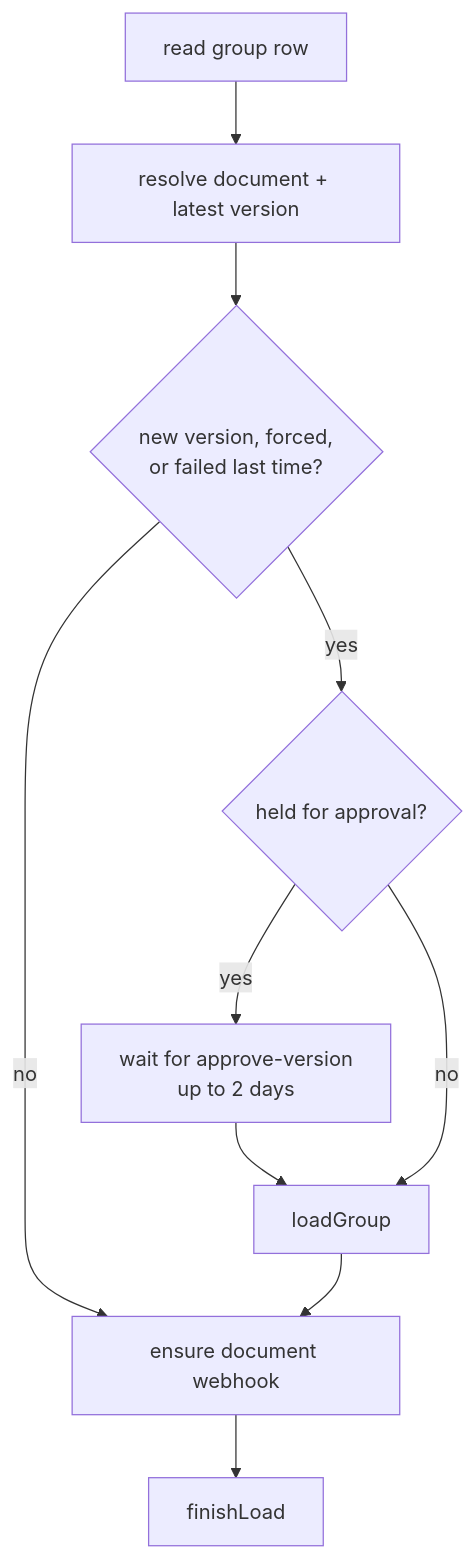
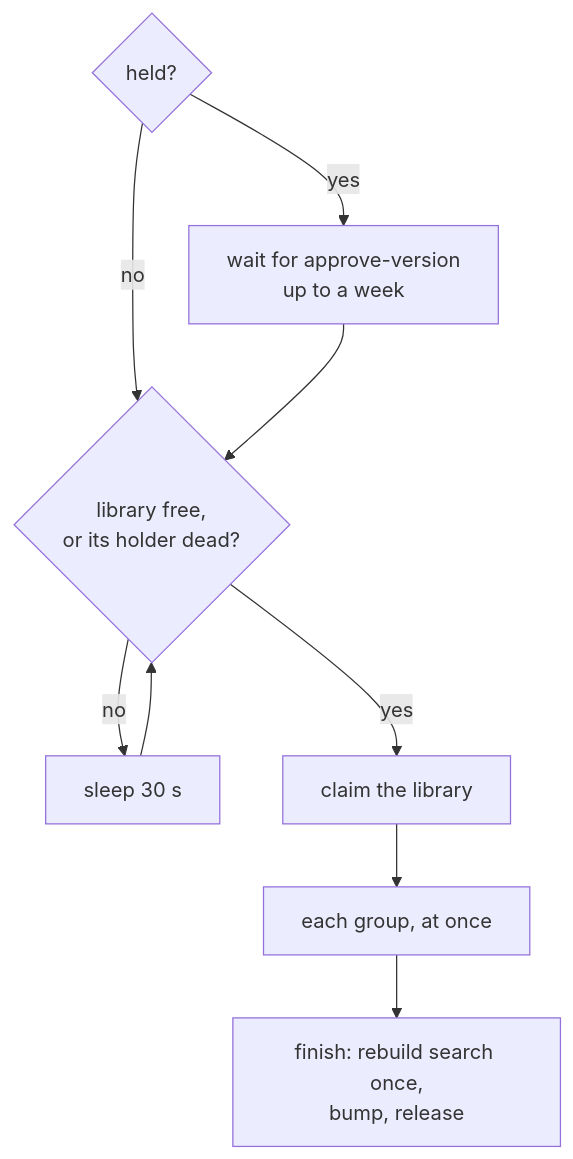
One commit to frcdesign/FRCDesignApp changed the diagram in docs/architecture/loading.md. Above: the diagram before and after it, drawn with Mermaid. The commit also changed other lines of this file and 31 other files, not shown here.

````diff
--- a/docs/architecture/loading.md
+++ b/docs/architecture/loading.md
@@ -82,12 +80,10 @@
 ```mermaid
 flowchart TD
-    A[read group row] --> B[resolve document + latest version]
-    B --> C{new version, forced,<br/>or failed last time?}
-    C -- no --> W
-    C -- yes --> D{held for approval?}
-    D -- yes --> E[wait for approve-version<br/>up to 2 days]
-    E --> F
-    D -- no --> F[loadGroup]
-    F --> W[ensure document webhook]
-    W --> Z[finishLoad]
+    A{held?} -- yes --> B[wait for approve-version<br/>up to a week]
+    A -- no --> C
+    B --> C{library free,<br/>or its holder dead?}
+    C -- no --> D[sleep 30 s] --> C
+    C -- yes --> E[claim the library]
+    E --> F[each group, at once]
+    F --> G[finish: rebuild search once,<br/>bump, release]
 ```
````
